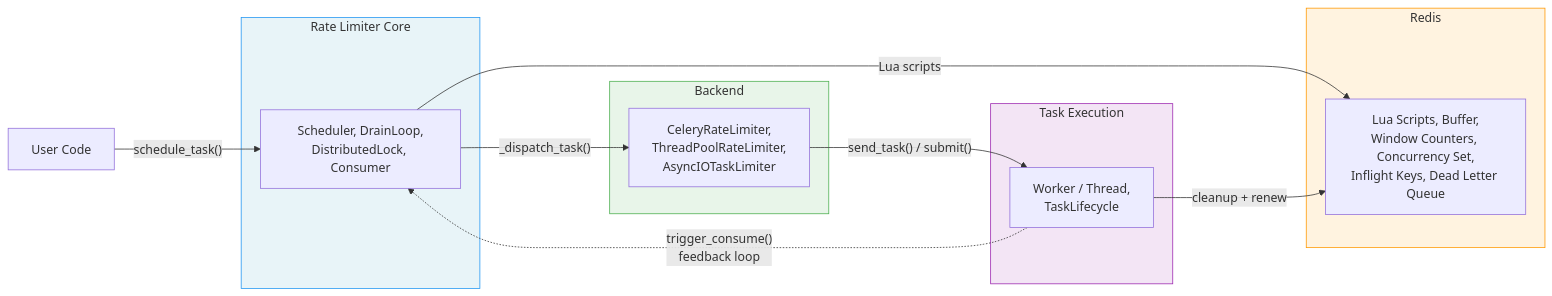
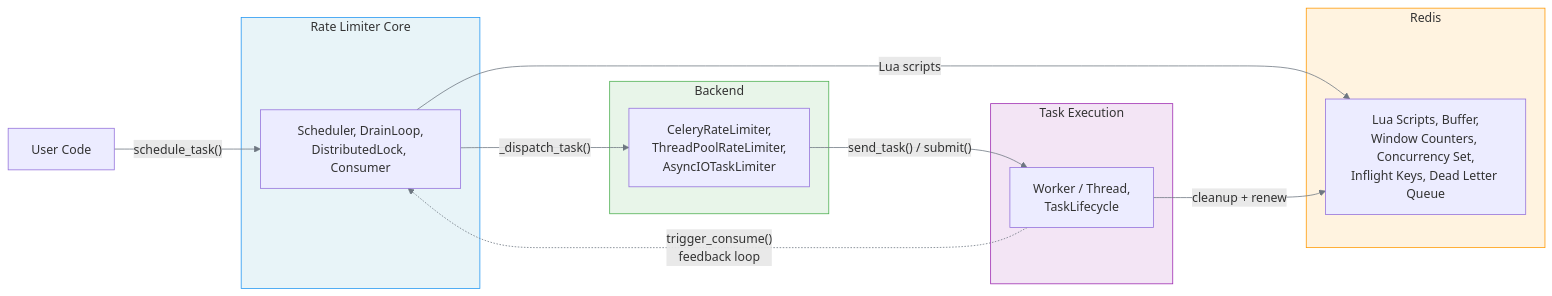
One commit to melroy999/redis-rate-limiter changed the first of 4 diagrams in docs/architecture/components.md. Above: the diagram before and after it, drawn with Mermaid. The commit also changed other lines of this file and 20 other files, not shown here.

Commit message:
[/async] Fixed test section dividers and line breaks + darkmode colors in mermaid diagrams.

````diff
--- a/docs/architecture/components.md
+++ b/docs/architecture/components.md
@@ -13,32 +13,33 @@
 ```mermaid
+%%{init: {"theme": "default", "themeVariables": {"lineColor": "#6e7781"}}}%%
 graph LR
     User["User Code"]
 
     subgraph Limiter ["Rate Limiter Core"]
-        LimiterBlock["Scheduler, DrainLoop,\nDistributedLock, Consumer"]
+        LimiterBlock["Scheduler, DrainLoop,<br>DistributedLock, Consumer"]
     end
 
     subgraph RedisLayer ["Redis"]
-        RedisBlock["Lua Scripts, Buffer,\nWindow Counters, Concurrency Set,\nInflight Keys, Dead Letter Queue"]
+        RedisBlock["Lua Scripts, Buffer,<br>Window Counters, Concurrency Set,<br>Inflight Keys, Dead Letter Queue"]
     end
 
     subgraph Backends ["Backend"]
-        BackendBlock["CeleryRateLimiter,\nThreadPoolRateLimiter,\nAsyncIOTaskLimiter"]
+        BackendBlock["CeleryRateLimiter,<br>ThreadPoolRateLimiter,<br>AsyncIOTaskLimiter"]
     end
 
     subgraph Execution ["Task Execution"]
-        ExecBlock["Worker / Thread,\nTaskLifecycle"]
+        ExecBlock["Worker / Thread,<br>TaskLifecycle"]
     end
 
     User -->|"schedule_task()"| LimiterBlock
     LimiterBlock -->|"Lua scripts"| RedisBlock
     LimiterBlock -->|"_dispatch_task()"| BackendBlock
     BackendBlock -->|"send_task() / submit()"| ExecBlock
     ExecBlock -->|"cleanup + renew"| RedisBlock
-    ExecBlock -.->|"trigger_consume()\nfeedback loop"| LimiterBlock
+    ExecBlock -.->|"trigger_consume()<br>feedback loop"| LimiterBlock
 
     style Limiter fill:#e8f4f8,stroke:#2196F3
     style RedisLayer fill:#fff3e0,stroke:#FF9800
     style Backends fill:#e8f5e9,stroke:#4CAF50
     style Execution fill:#f3e5f5,stroke:#9C27B0
 ```
````
